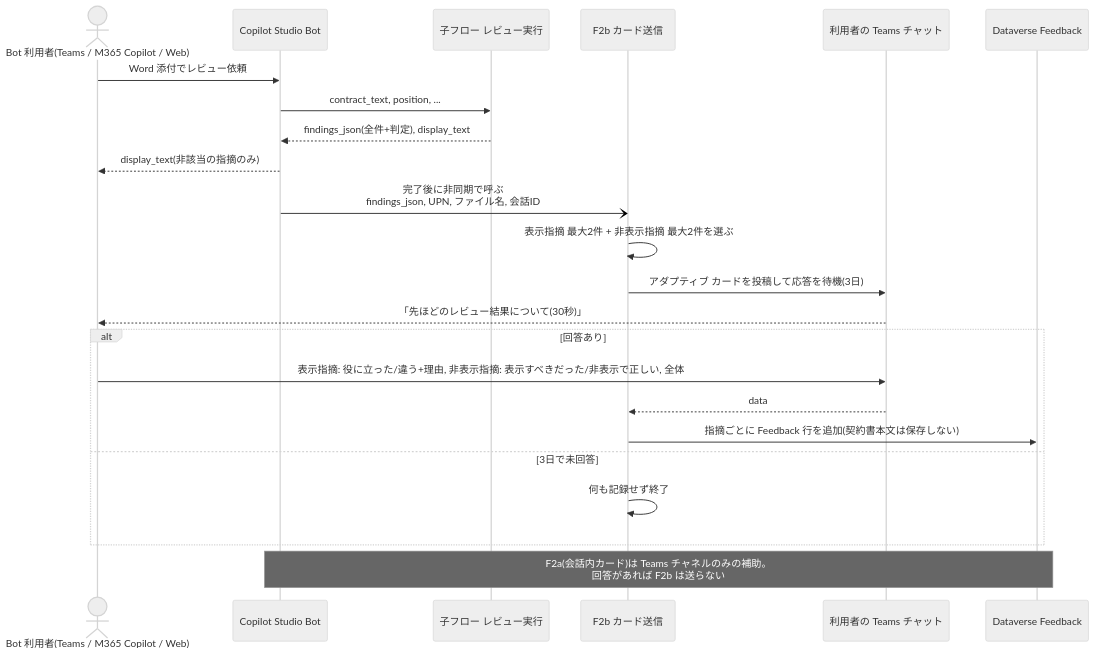
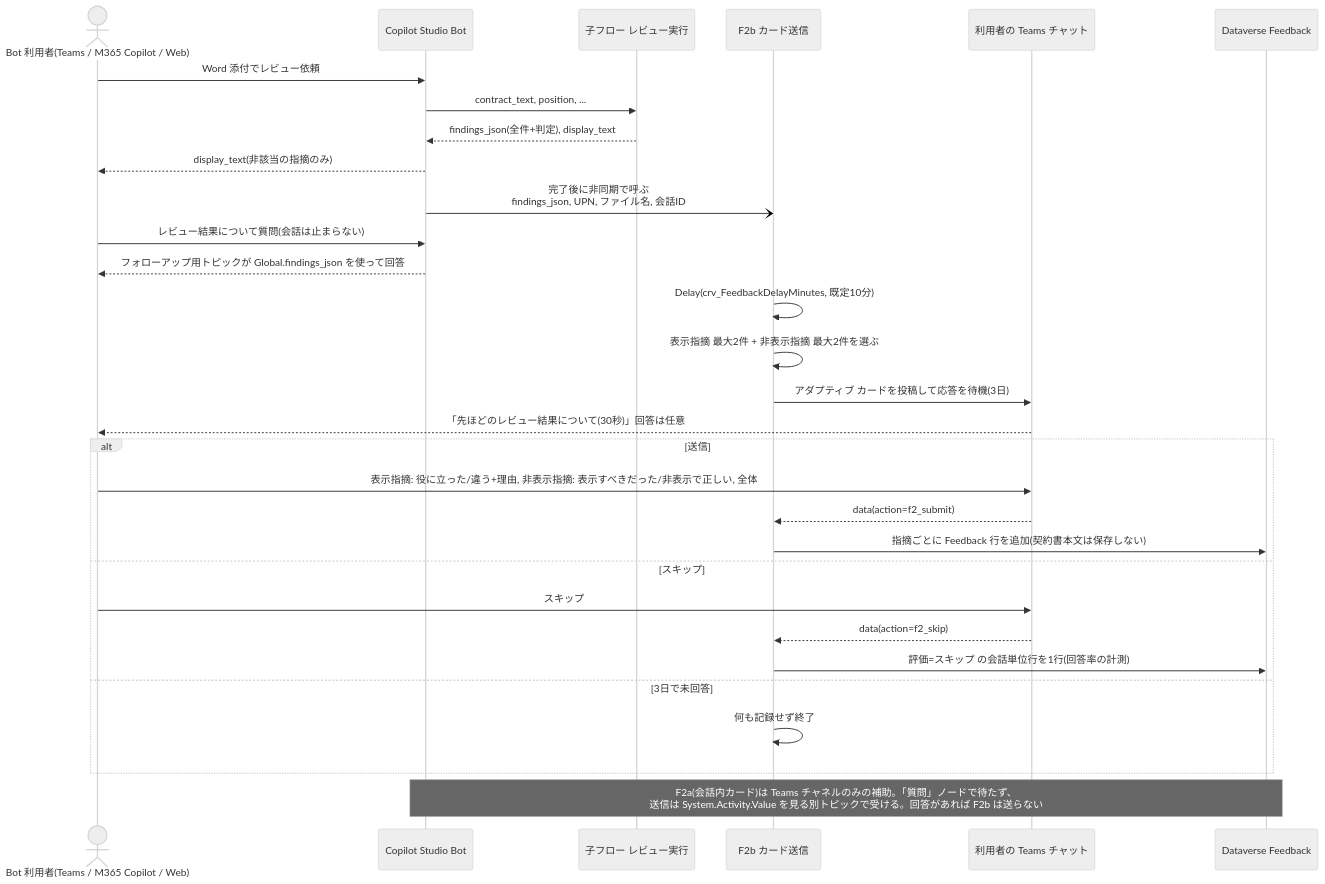
The seventh of 14 diagrams in docs/09-diagrams.md (goro012/claude_code_test), drawn with Mermaid (neutral theme) before and after one commit. The commit also changed other lines of this file and 8 other files, not shown here.

````diff
--- a/docs/09-diagrams.md
+++ b/docs/09-diagrams.md
@@ -276,26 +276,33 @@
 ```mermaid
 sequenceDiagram
     actor U as Bot 利用者(Teams / M365 Copilot / Web)
     participant B as Copilot Studio Bot
     participant CF as 子フロー レビュー実行
     participant F2 as F2b カード送信
     participant T as 利用者の Teams チャット
     participant DV as Dataverse Feedback
 
     U->>B: Word 添付でレビュー依頼
     B->>CF: contract_text, position, ...
     CF-->>B: findings_json(全件+判定), display_text
     B-->>U: display_text(非該当の指摘のみ)
     B-)F2: 完了後に非同期で呼ぶ<br/>findings_json, UPN, ファイル名, 会話ID
+    U->>B: レビュー結果について質問(会話は止まらない)
+    B-->>U: フォローアップ用トピックが Global.findings_json を使って回答
+    F2->>F2: Delay(crv_FeedbackDelayMinutes, 既定10分)
     F2->>F2: 表示指摘 最大2件 + 非表示指摘 最大2件を選ぶ
     F2->>T: アダプティブ カードを投稿して応答を待機(3日)
-    T-->>U: 「先ほどのレビュー結果について(30秒)」
-    alt 回答あり
+    T-->>U: 「先ほどのレビュー結果について(30秒)」回答は任意
+    alt 送信
         U->>T: 表示指摘: 役に立った/違う+理由, 非表示指摘: 表示すべきだった/非表示で正しい, 全体
-        T-->>F2: data
+        T-->>F2: data(action=f2_submit)
         F2->>DV: 指摘ごとに Feedback 行を追加(契約書本文は保存しない)
+    else スキップ
+        U->>T: スキップ
+        T-->>F2: data(action=f2_skip)
+        F2->>DV: 評価=スキップ の会話単位行を1行(回答率の計測)
     else 3日で未回答
         F2->>F2: 何も記録せず終了
     end
-    Note over B,DV: F2a(会話内カード)は Teams チャネルのみの補助。<br/>回答があれば F2b は送らない
+    Note over B,DV: F2a(会話内カード)は Teams チャネルのみの補助。「質問」ノードで待たず、<br/>送信は System.Activity.Value を見る別トピックで受ける。回答があれば F2b は送らない
 ```
````
